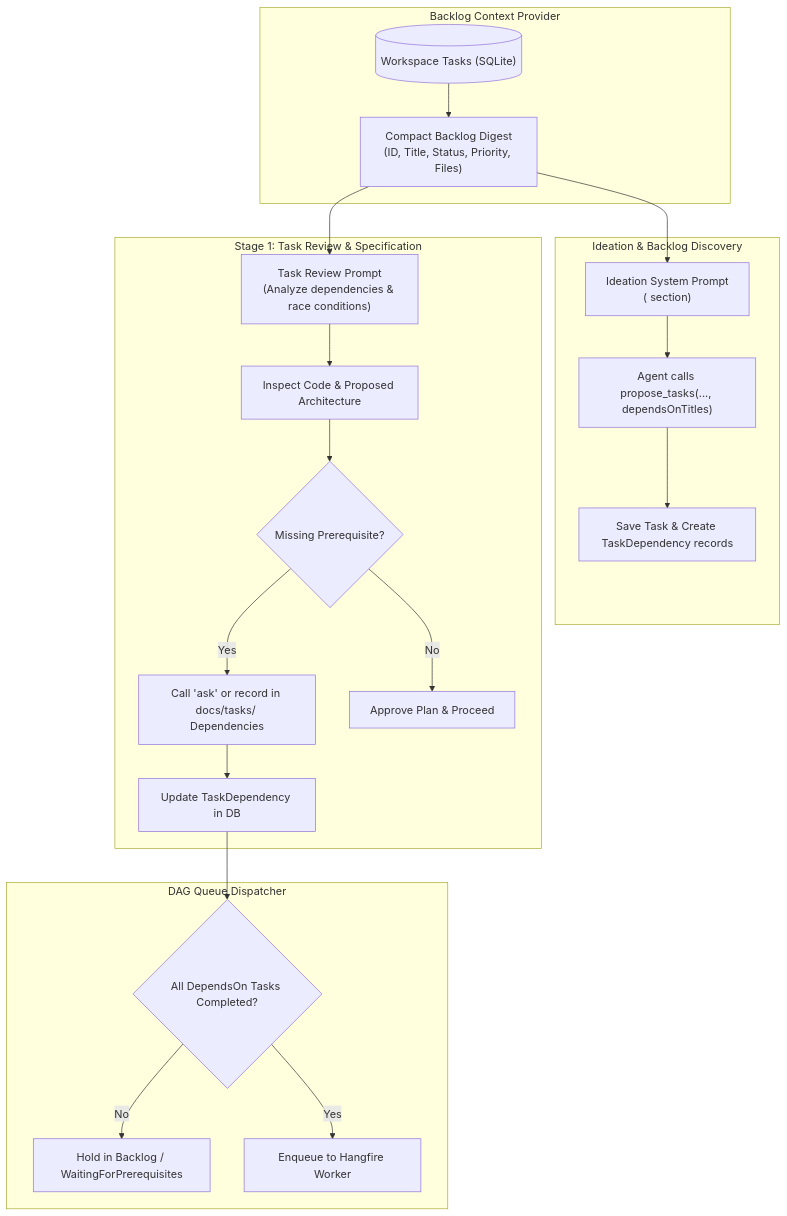
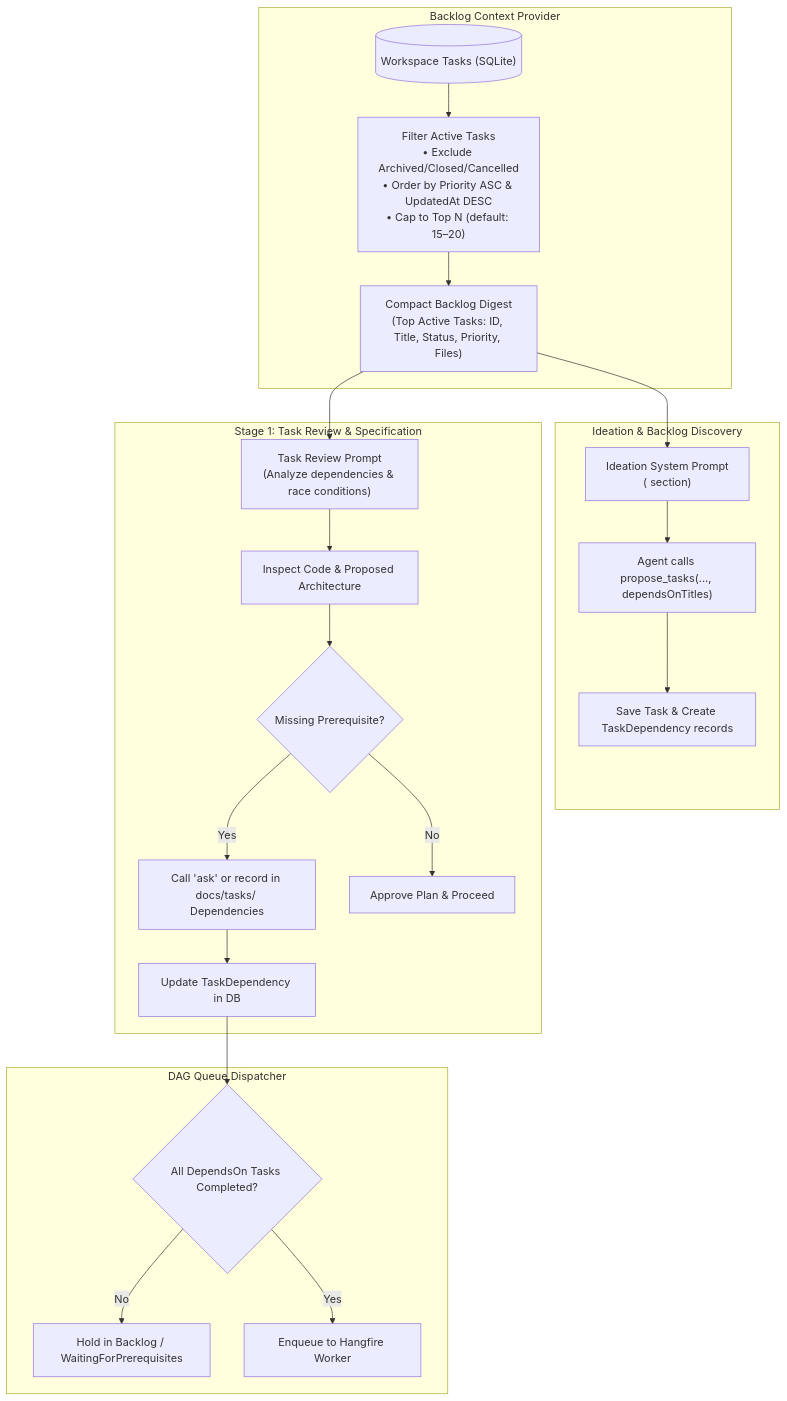
Before and after one commit to jetelain/NightCodeForge: the diagram in docs/plan/phase-11/STEP_11_14_INTELLIGENT_TASK_DEPENDENCY_DETECTION.md, drawn with Mermaid. The commit also changed other lines of this file and 1 other file, not shown here.

````diff
--- a/docs/plan/phase-11/STEP_11_14_INTELLIGENT_TASK_DEPENDENCY_DETECTION.md
+++ b/docs/plan/phase-11/STEP_11_14_INTELLIGENT_TASK_DEPENDENCY_DETECTION.md
@@ -31,29 +31,31 @@
 ```mermaid
 flowchart TD
     subgraph Context ["Backlog Context Provider"]
         TaskDB[("Workspace Tasks (SQLite)")]
-        CompactSummary["Compact Backlog Digest<br/>(ID, Title, Status, Priority, Files)"]
-        TaskDB --> CompactSummary
+        FilterTasks["Filter Active Tasks<br/>• Exclude Archived/Closed/Cancelled<br/>• Order by Priority ASC & UpdatedAt DESC<br/>• Cap to Top N (default: 15–20)"]
+        CompactSummary["Compact Backlog Digest<br/>(Top Active Tasks: ID, Title, Status, Priority, Files)"]
+        TaskDB --> FilterTasks
+        FilterTasks --> CompactSummary
     end
 
     subgraph IdeationStage ["Ideation & Backlog Discovery"]
         CompactSummary --> IdeationPrompt["Ideation System Prompt<br/>(<existing_tasks> section)"]
         IdeationPrompt --> AgentPropose["Agent calls propose_tasks(..., dependsOnTitles)"]
         AgentPropose --> AutoLink["Save Task & Create TaskDependency records"]
     end
 
     subgraph ReviewStage ["Stage 1: Task Review & Specification"]
         CompactSummary --> ReviewPrompt["Task Review Prompt<br/>(Analyze dependencies & race conditions)"]
         ReviewPrompt --> CodeInspect["Inspect Code & Proposed Architecture"]
         CodeInspect --> CheckDeps{"Missing Prerequisite?"}
         CheckDeps -- Yes --> AskOrLink["Call 'ask' or record in docs/tasks/ Dependencies"]
         CheckDeps -- No --> ApprovePlan["Approve Plan & Proceed"]
         AskOrLink --> UpdateDeps["Update TaskDependency in DB"]
     end
 
     subgraph Scheduler ["DAG Queue Dispatcher"]
         UpdateDeps --> DAGCheck{"All DependsOn Tasks Completed?"}
         DAGCheck -- No --> Hold["Hold in Backlog / WaitingForPrerequisites"]
         DAGCheck -- Yes --> Queue["Enqueue to Hangfire Worker"]
     end
 ```
````
